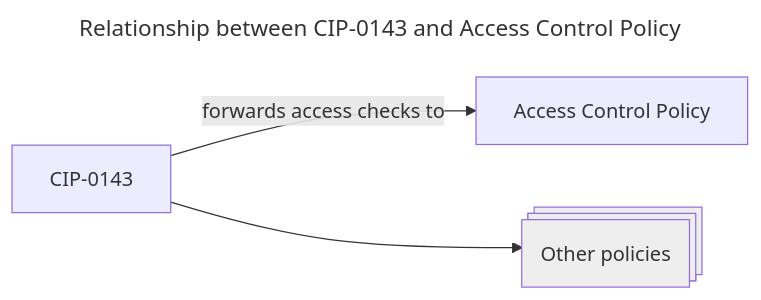
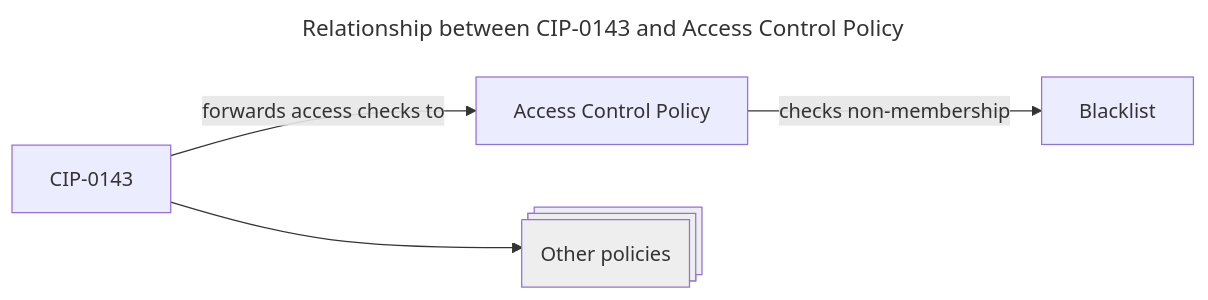
Before and after one commit to input-output-hk/wsc-poc: the diagram in doc/architecture.md, drawn with Mermaid. The commit also changed other lines of this file, not shown here.

Commit message:
Add paragraph on access control policy

````diff
--- a/doc/architecture.md
+++ b/doc/architecture.md
@@ -18,16 +29,18 @@
 ```mermaid
 ---
 title: Relationship between CIP-0143 and Access Control Policy
 ---
 
 flowchart LR
   cip[CIP-0143]
 
   policy[Access Control Policy]
+  blacklist[Blacklist]
 
   other_policies@{shape: procs, label: "Other policies"}
   style other_policies fill:#eee;
 
   cip -->|forwards access checks to| policy
+  policy -->|checks non-membership| blacklist
   cip --> other_policies
 ```
````
